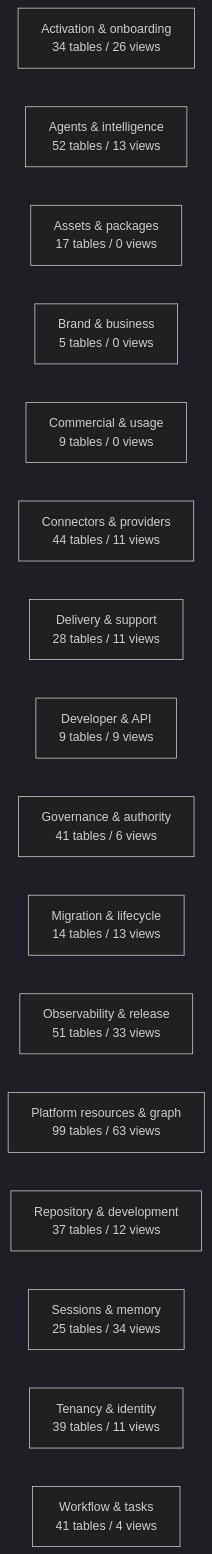
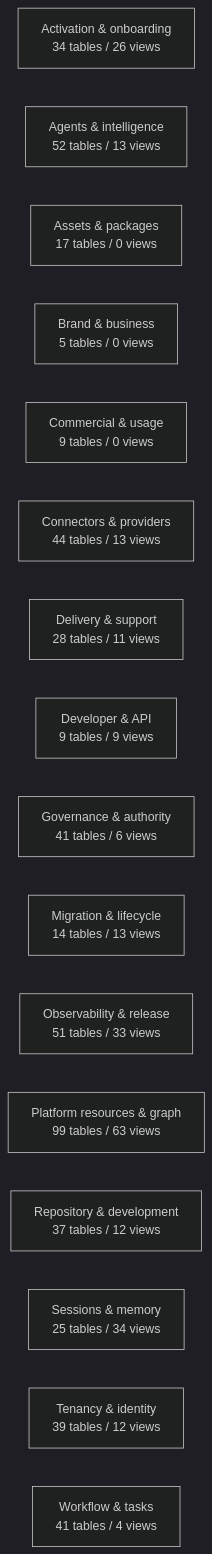
Before and after one commit to mad4bdigital-ai/multi-business-multi-role-growth-intelligence-os: the diagram in docs/work-maps/data-model-domain-map.md, drawn with Mermaid (dark theme). The commit also changed other lines of this file and 6 other files, not shown here.

````diff
--- a/docs/work-maps/data-model-domain-map.md
+++ b/docs/work-maps/data-model-domain-map.md
@@ -9,19 +9,19 @@
 ```mermaid
 flowchart LR
   n_Activation___onboarding["Activation & onboarding<br/>34 tables / 26 views"]
   n_Agents___intelligence["Agents & intelligence<br/>52 tables / 13 views"]
   n_Assets___packages["Assets & packages<br/>17 tables / 0 views"]
   n_Brand___business["Brand & business<br/>5 tables / 0 views"]
   n_Commercial___usage["Commercial & usage<br/>9 tables / 0 views"]
-  n_Connectors___providers["Connectors & providers<br/>44 tables / 11 views"]
+  n_Connectors___providers["Connectors & providers<br/>44 tables / 13 views"]
   n_Delivery___support["Delivery & support<br/>28 tables / 11 views"]
   n_Developer___API["Developer & API<br/>9 tables / 9 views"]
   n_Governance___authority["Governance & authority<br/>41 tables / 6 views"]
   n_Migration___lifecycle["Migration & lifecycle<br/>14 tables / 13 views"]
   n_Observability___release["Observability & release<br/>51 tables / 33 views"]
   n_Platform_resources___graph["Platform resources & graph<br/>99 tables / 63 views"]
   n_Repository___development["Repository & development<br/>37 tables / 12 views"]
   n_Sessions___memory["Sessions & memory<br/>25 tables / 34 views"]
-  n_Tenancy___identity["Tenancy & identity<br/>39 tables / 11 views"]
+  n_Tenancy___identity["Tenancy & identity<br/>39 tables / 12 views"]
   n_Workflow___tasks["Workflow & tasks<br/>41 tables / 4 views"]
 ```
````
